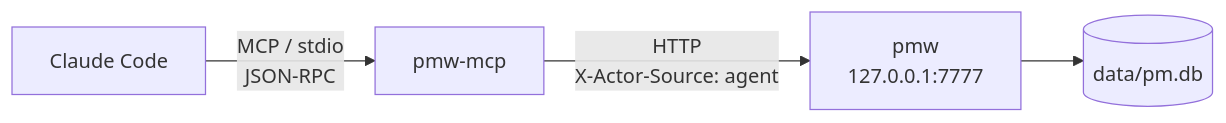
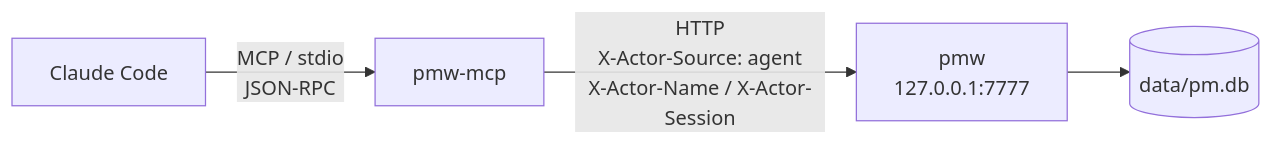
One commit to lizhao903/pm-workspace changed the diagram in docs/mcp.md. Above: the diagram before and after it, drawn with Mermaid. The commit also changed other lines of this file and 4 other files, not shown here.

````diff
--- a/docs/mcp.md
+++ b/docs/mcp.md
@@ -9,6 +9,6 @@
 ```mermaid
 graph LR
   A[Claude Code] -- "MCP / stdio<br/>JSON-RPC" --> B[pmw-mcp]
-  B -- "HTTP<br/>X-Actor-Source: agent" --> C["pmw<br/>127.0.0.1:7777"]
+  B -- "HTTP<br/>X-Actor-Source: agent<br/>X-Actor-Name / X-Actor-Session" --> C["pmw<br/>127.0.0.1:7777"]
   C --> D[("data/pm.db")]
 ```
````
